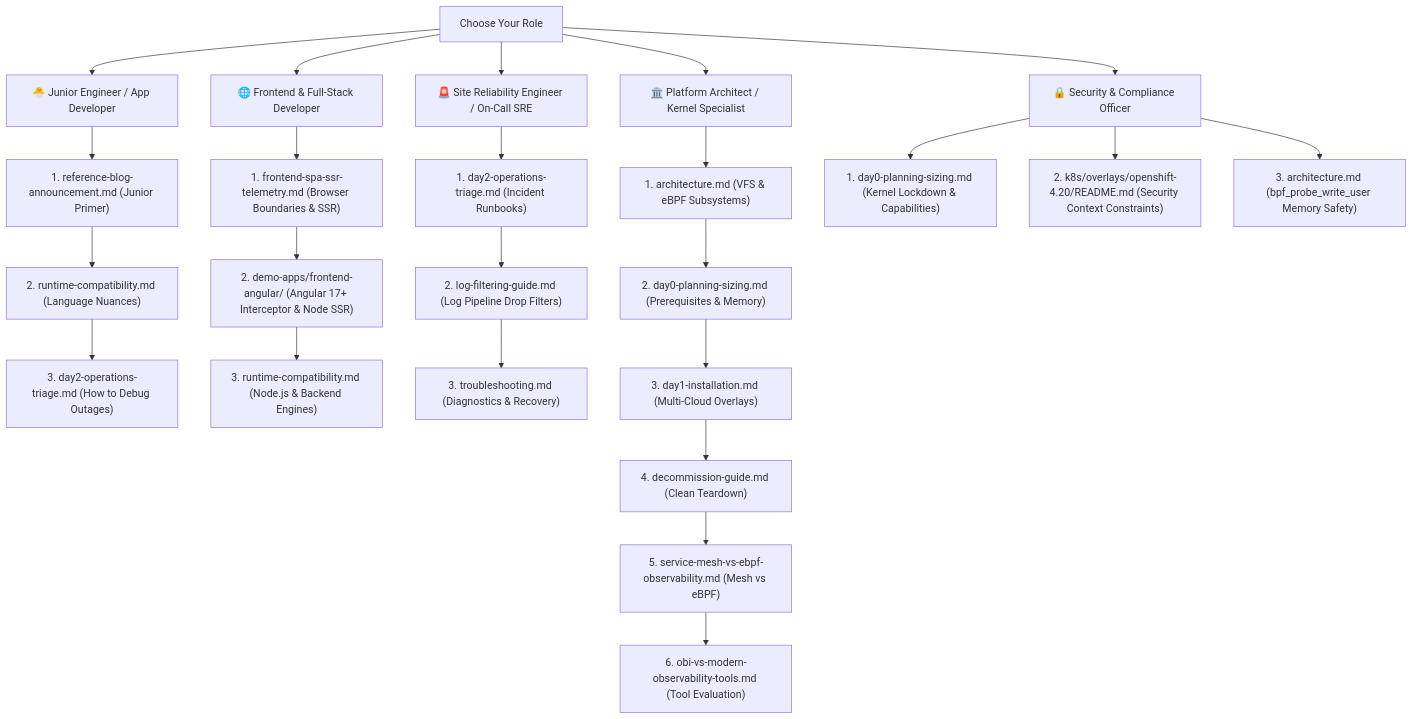
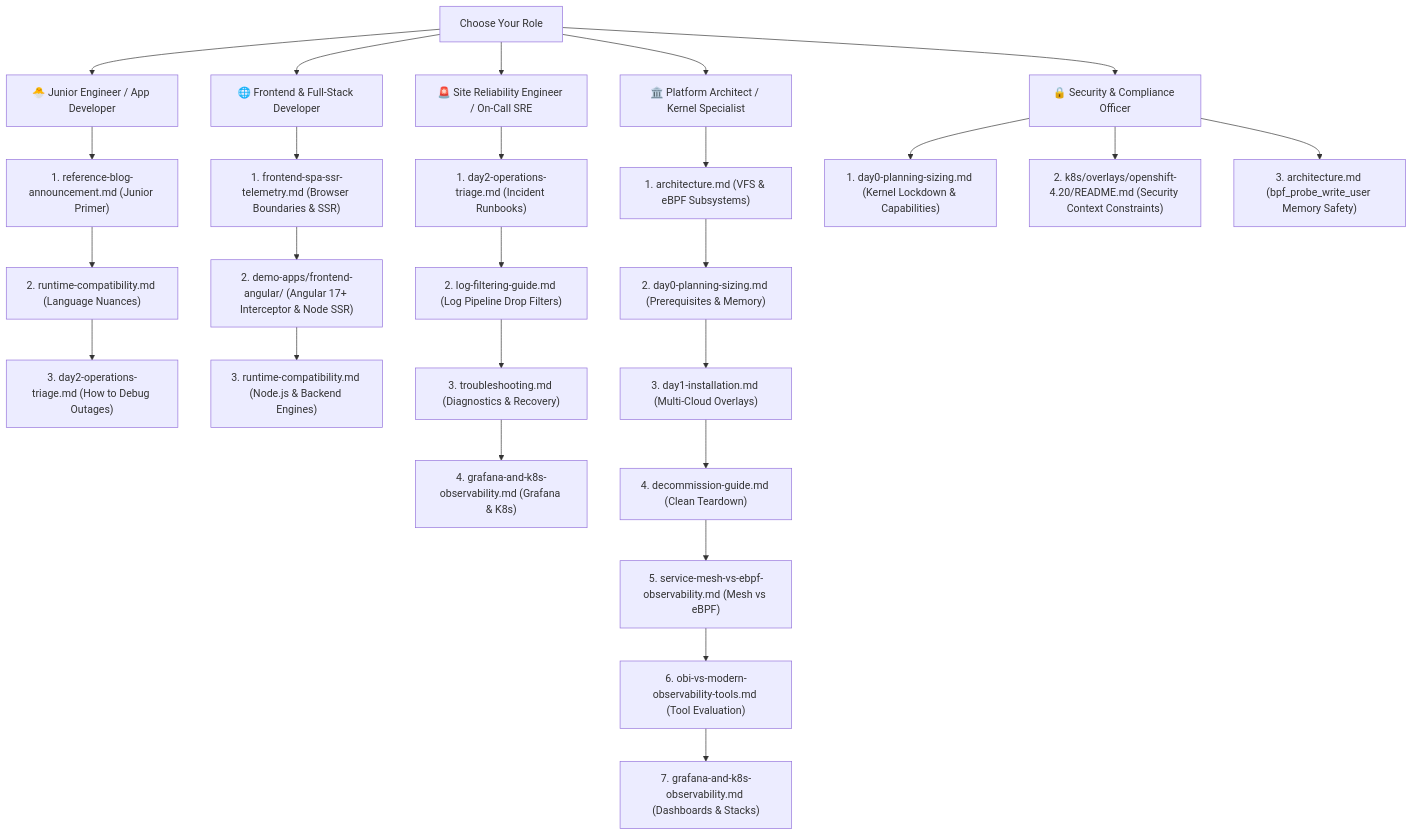
One commit to nubenetes/obi-trace-log-correlation changed the second of 2 diagrams in README.md. Above: the diagram before and after it, drawn with Mermaid. The commit also changed other lines of this file and 14 other files, not shown here.

Commit message:
docs: add dedicated guide on Grafana integration and zero-Grafana Kubernetes observability

````diff
--- a/README.md
+++ b/README.md
@@ -972,31 +976,33 @@
 ```mermaid
 flowchart TD
     Start["Choose Your Role"] --> Junior["🐣 Junior Engineer / App Developer"]
     Start --> Frontend["🌐 Frontend & Full-Stack Developer"]
     Start --> SRE["🚨 Site Reliability Engineer / On-Call SRE"]
     Start --> Platform["🏛️ Platform Architect / Kernel Specialist"]
     Start --> SecOps["🔒 Security & Compliance Officer"]
 
     Junior --> J1["1. reference-blog-announcement.md (Junior Primer)"]
     J1 --> J2["2. runtime-compatibility.md (Language Nuances)"]
     J2 --> J3["3. day2-operations-triage.md (How to Debug Outages)"]
 
     Frontend --> F1["1. frontend-spa-ssr-telemetry.md (Browser Boundaries & SSR)"]
     F1 --> F2["2. demo-apps/frontend-angular/ (Angular 17+ Interceptor & Node SSR)"]
     F2 --> F3["3. runtime-compatibility.md (Node.js & Backend Engines)"]
 
     SRE --> S1["1. day2-operations-triage.md (Incident Runbooks)"]
     S1 --> S2["2. log-filtering-guide.md (Log Pipeline Drop Filters)"]
     S2 --> S3["3. troubleshooting.md (Diagnostics & Recovery)"]
+    S3 --> S4["4. grafana-and-k8s-observability.md (Grafana & K8s)"]
 
     Platform --> P1["1. architecture.md (VFS & eBPF Subsystems)"]
     P1 --> P2["2. day0-planning-sizing.md (Prerequisites & Memory)"]
     P2 --> P3["3. day1-installation.md (Multi-Cloud Overlays)"]
     P3 --> P4["4. decommission-guide.md (Clean Teardown)"]
     P4 --> P5["5. service-mesh-vs-ebpf-observability.md (Mesh vs eBPF)"]
     P5 --> P6["6. obi-vs-modern-observability-tools.md (Tool Evaluation)"]
+    P6 --> P7["7. grafana-and-k8s-observability.md (Dashboards & Stacks)"]
 
     SecOps --> SC1["1. day0-planning-sizing.md (Kernel Lockdown & Capabilities)"]
     SecOps --> SC2["2. k8s/overlays/openshift-4.20/README.md (Security Context Constraints)"]
     SecOps --> SC3["3. architecture.md (bpf_probe_write_user Memory Safety)"]
 ```
````
